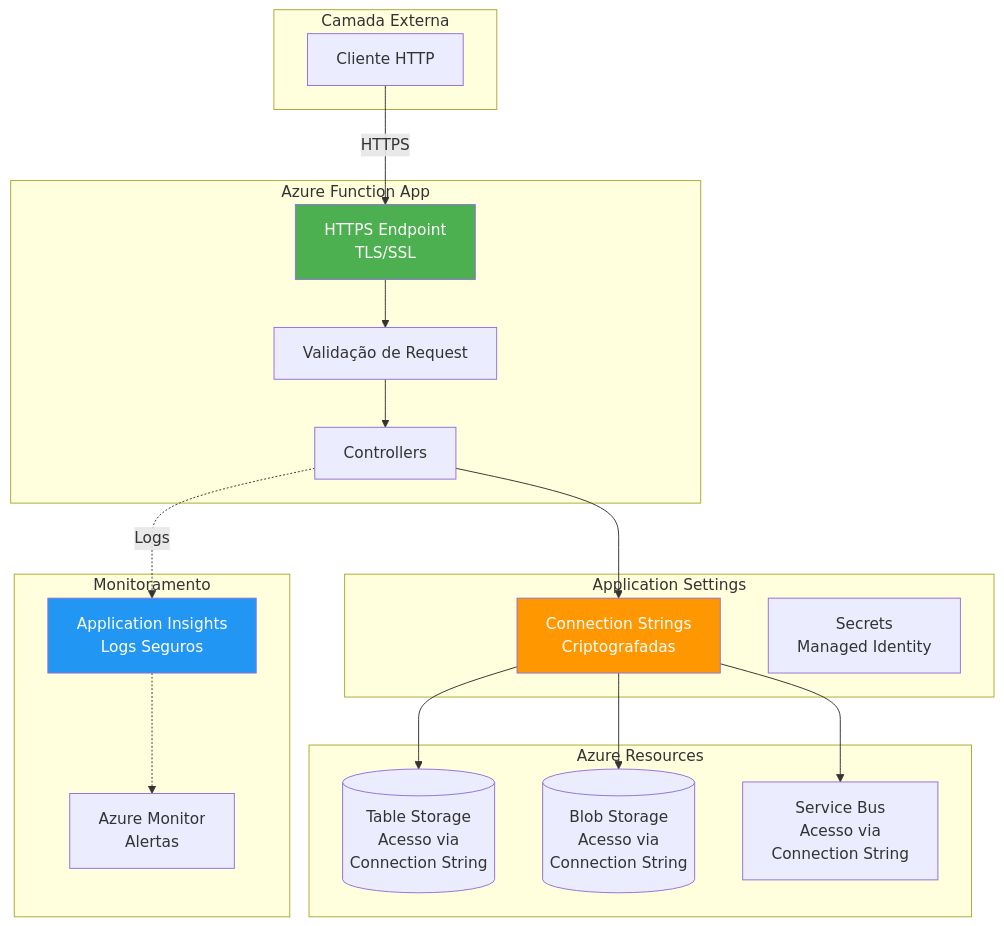
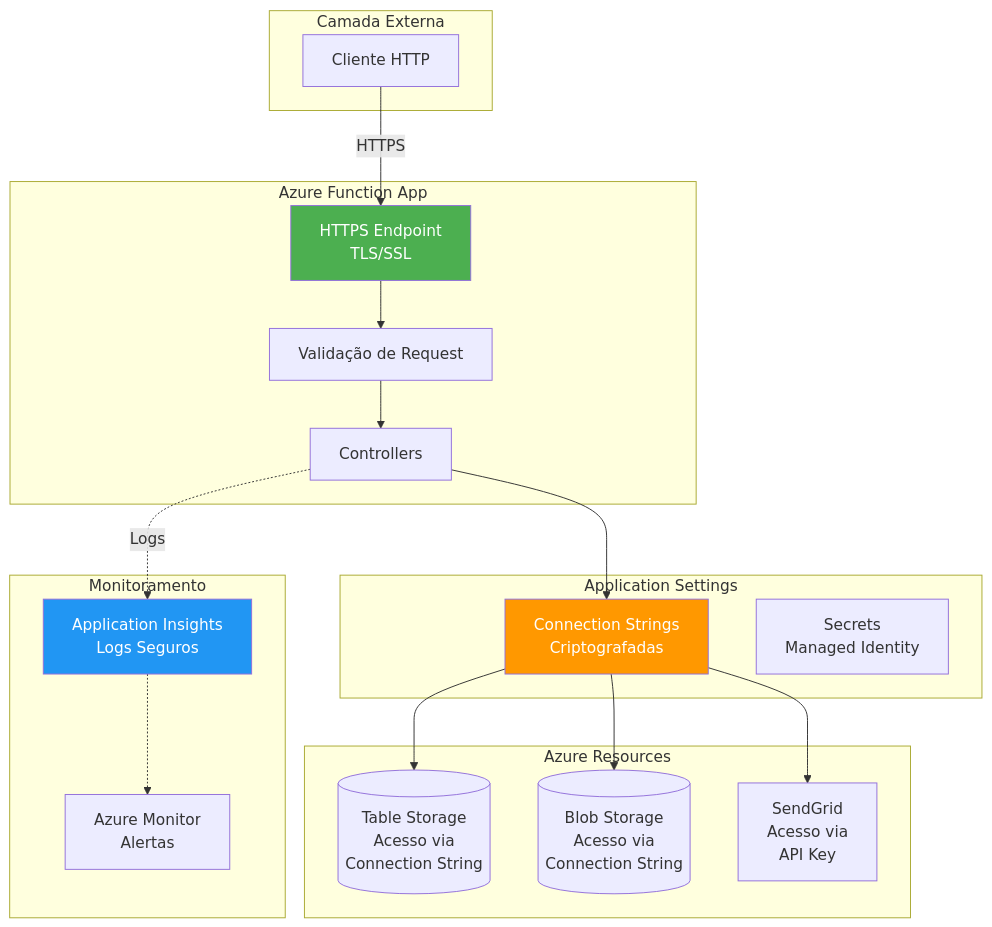
Before and after one commit to luizffdemoraes/feedback-sync: the ninth of 9 diagrams in README.md, drawn with Mermaid. The commit also changed other lines of this file and 30 other files, not shown here.

````diff
--- a/README.md
+++ b/README.md
@@ -666,42 +644,42 @@
 ```mermaid
 graph TB
     subgraph "Camada Externa"
         Client[Cliente HTTP]
     end
 
     subgraph "Azure Function App"
         HTTPS[HTTPS Endpoint<br/>TLS/SSL]
         Auth[Validação de Request]
         Controller[Controllers]
     end
 
     subgraph "Application Settings"
         ConnStrings[Connection Strings<br/>Criptografadas]
         Secrets[Secrets<br/>Managed Identity]
     end
 
     subgraph "Azure Resources"
         Table[(Table Storage<br/>Acesso via<br/>Connection String)]
         Blob[(Blob Storage<br/>Acesso via<br/>Connection String)]
-        ServiceBus[Service Bus<br/>Acesso via<br/>Connection String]
+        SendGrid[SendGrid<br/>Acesso via<br/>API Key]
     end
 
     subgraph "Monitoramento"
         AppInsights[Application Insights<br/>Logs Seguros]
         Monitor[Azure Monitor<br/>Alertas]
     end
 
     Client -->|HTTPS| HTTPS
     HTTPS --> Auth
     Auth --> Controller
     Controller --> ConnStrings
     ConnStrings --> Table
     ConnStrings --> Blob
-    ConnStrings --> ServiceBus
+    ConnStrings --> SendGrid
     Controller -.->|Logs| AppInsights
     AppInsights -.-> Monitor
 
     style HTTPS fill:#4CAF50,color:#fff
     style ConnStrings fill:#FF9800,color:#fff
     style AppInsights fill:#2196F3,color:#fff
 ```
````
